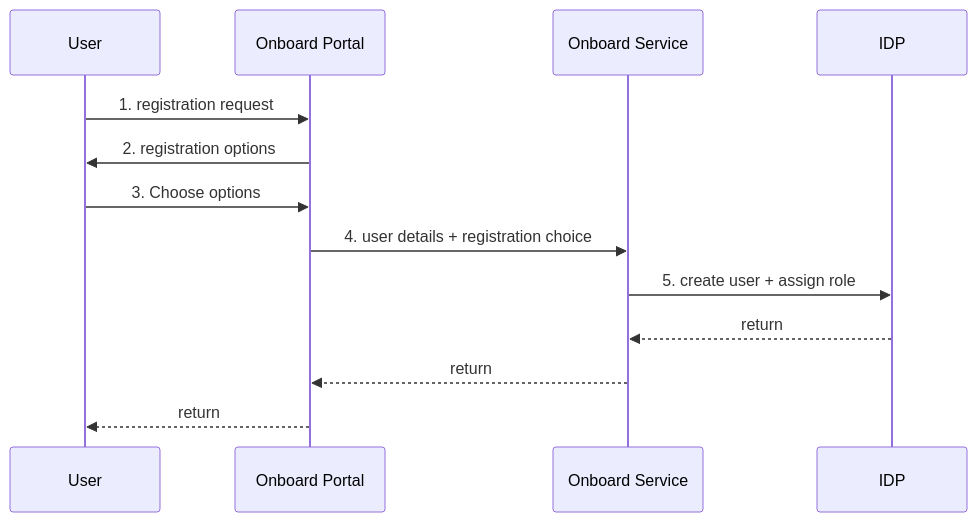
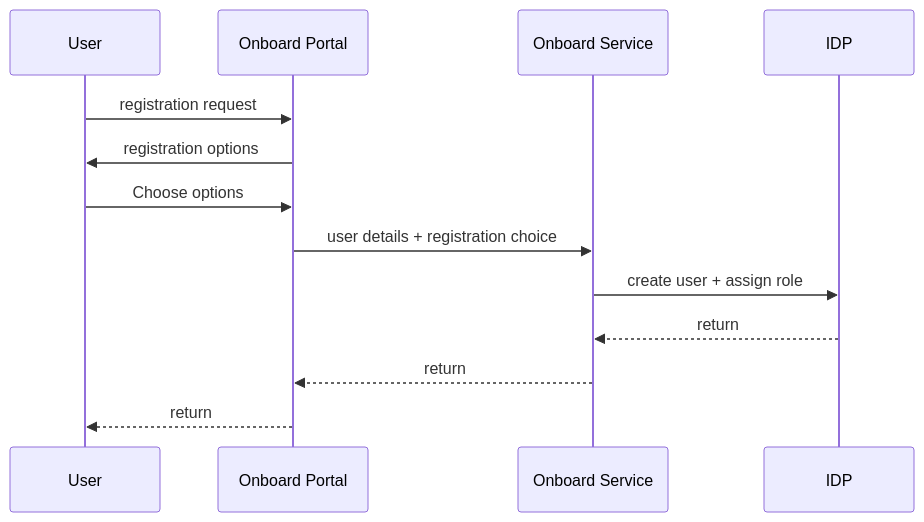
The first of 2 diagrams in README.md (sohamda/fantasy-football), drawn with Mermaid before and after one commit. The commit also changed other lines of this file and 3 other files, not shown here.

Commit message:
update diagrams

````diff
--- a/README.md
+++ b/README.md
@@ -21,13 +21,13 @@
 ```mermaid
 
  sequenceDiagram
-    User->>Onboard Portal: 1. registration request
-    Onboard Portal->>User: 2. registration options
-    User->>Onboard Portal: 3. Choose options
-    Onboard Portal->>Onboard Service: 4. user details + registration choice
-    Onboard Service->>IDP: 5. create user + assign role
+    User->>Onboard Portal: registration request
+    Onboard Portal->>User: registration options
+    User->>Onboard Portal: Choose options
+    Onboard Portal->>Onboard Service: user details + registration choice
+    Onboard Service->>IDP: create user + assign role
     IDP-->>Onboard Service: return
     Onboard Service-->>Onboard Portal: return
     Onboard Portal-->>User: return 
 
 ```
````
